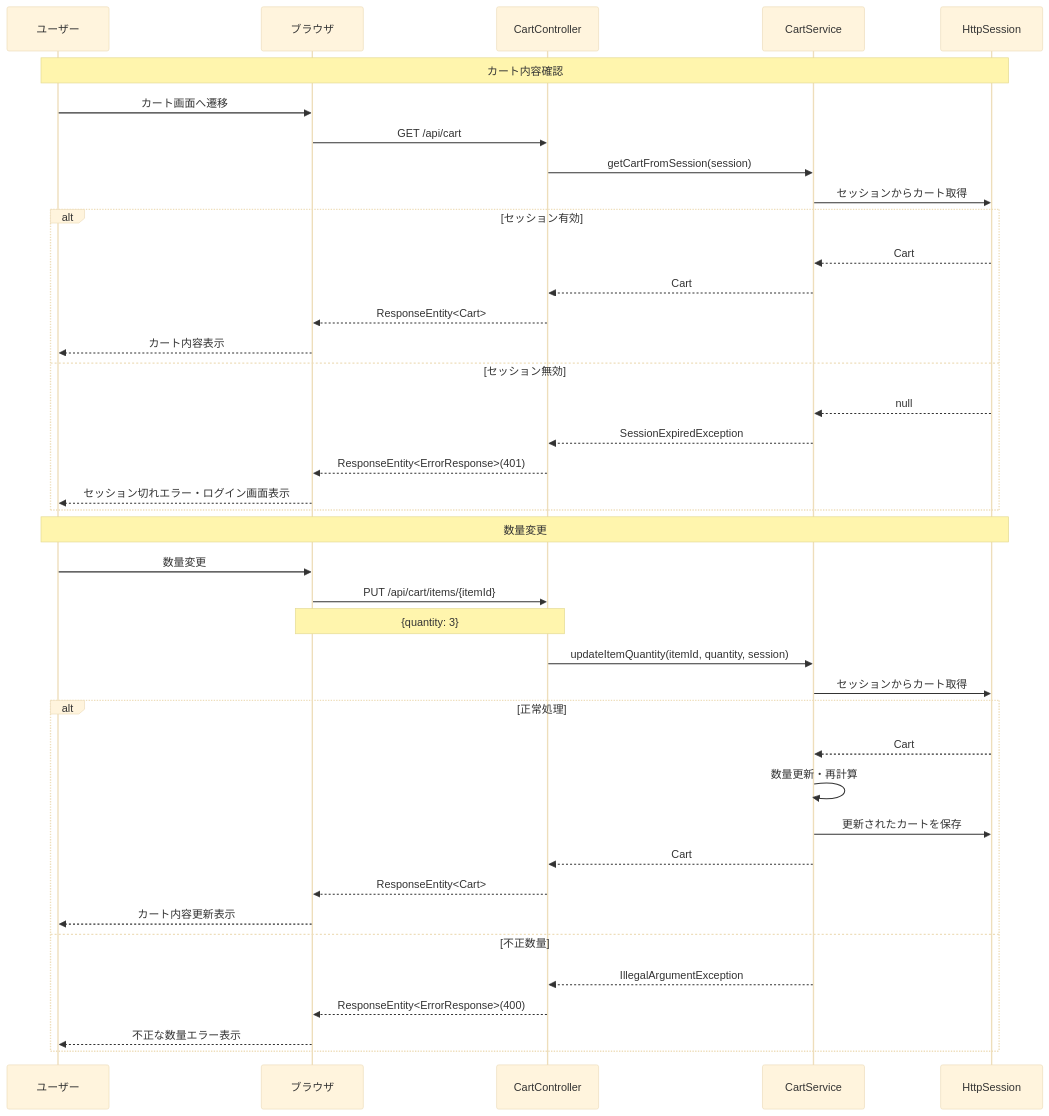
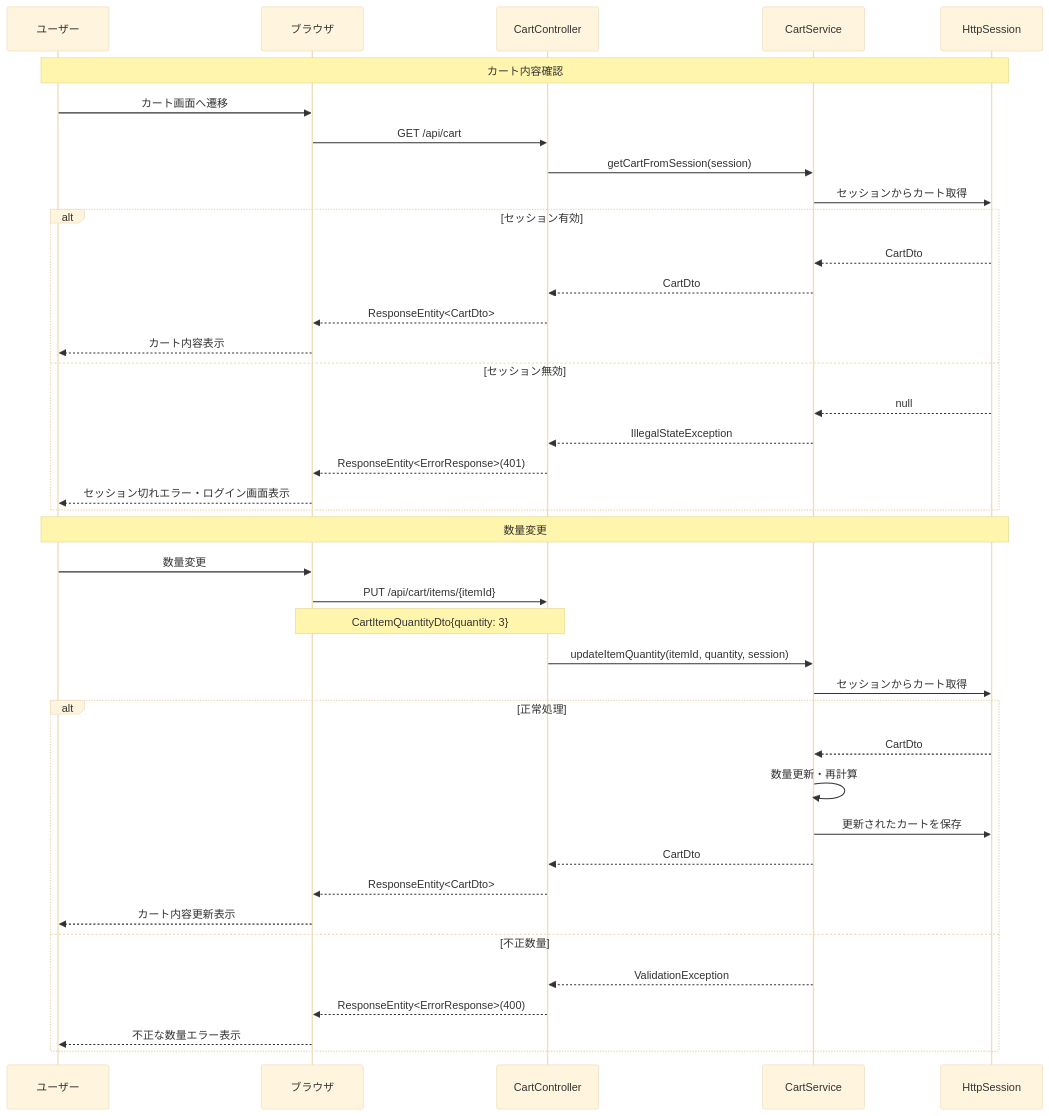
The sixth of 17 diagrams in 詳細設計/3_sequence.md (shogomaeda758/Bacon), drawn with Mermaid (base theme) before and after one commit. The commit also changed other lines of this file and 2 other files, not shown here.

````diff
--- a/詳細設計/3_sequence.md
+++ b/詳細設計/3_sequence.md
@@ -198,46 +237,46 @@
 ```mermaid
 sequenceDiagram
     participant U as ユーザー
     participant B as ブラウザ
     participant CC as CartController
     participant CS as CartService
     participant S as HttpSession
 
     Note over U,S: カート内容確認
     U->>B: カート画面へ遷移
     B->>CC: GET /api/cart
     CC->>CS: getCartFromSession(session)
     CS->>S: セッションからカート取得
     
     alt セッション有効
-        S-->>CS: Cart
-        CS-->>CC: Cart
-        CC-->>B: ResponseEntity<Cart>
+        S-->>CS: CartDto
+        CS-->>CC: CartDto
+        CC-->>B: ResponseEntity<CartDto>
         B-->>U: カート内容表示
     else セッション無効
         S-->>CS: null
-        CS-->>CC: SessionExpiredException
+        CS-->>CC: IllegalStateException
         CC-->>B: ResponseEntity<ErrorResponse>(401)
         B-->>U: セッション切れエラー・ログイン画面表示
     end
 
     Note over U,S: 数量変更
     U->>B: 数量変更
     B->>CC: PUT /api/cart/items/{itemId}
-    Note over B,CC: {quantity: 3}
+    Note over B,CC: CartItemQuantityDto{quantity: 3}
     CC->>CS: updateItemQuantity(itemId, quantity, session)
     CS->>S: セッションからカート取得
     
     alt 正常処理
-        S-->>CS: Cart
+        S-->>CS: CartDto
         CS->>CS: 数量更新・再計算
         CS->>S: 更新されたカートを保存
-        CS-->>CC: Cart
-        CC-->>B: ResponseEntity<Cart>
+        CS-->>CC: CartDto
+        CC-->>B: ResponseEntity<CartDto>
         B-->>U: カート内容更新表示
     else 不正数量
-        CS-->>CC: IllegalArgumentException
+        CS-->>CC: ValidationException
         CC-->>B: ResponseEntity<ErrorResponse>(400)
         B-->>U: 不正な数量エラー表示
     end
 ```
````
